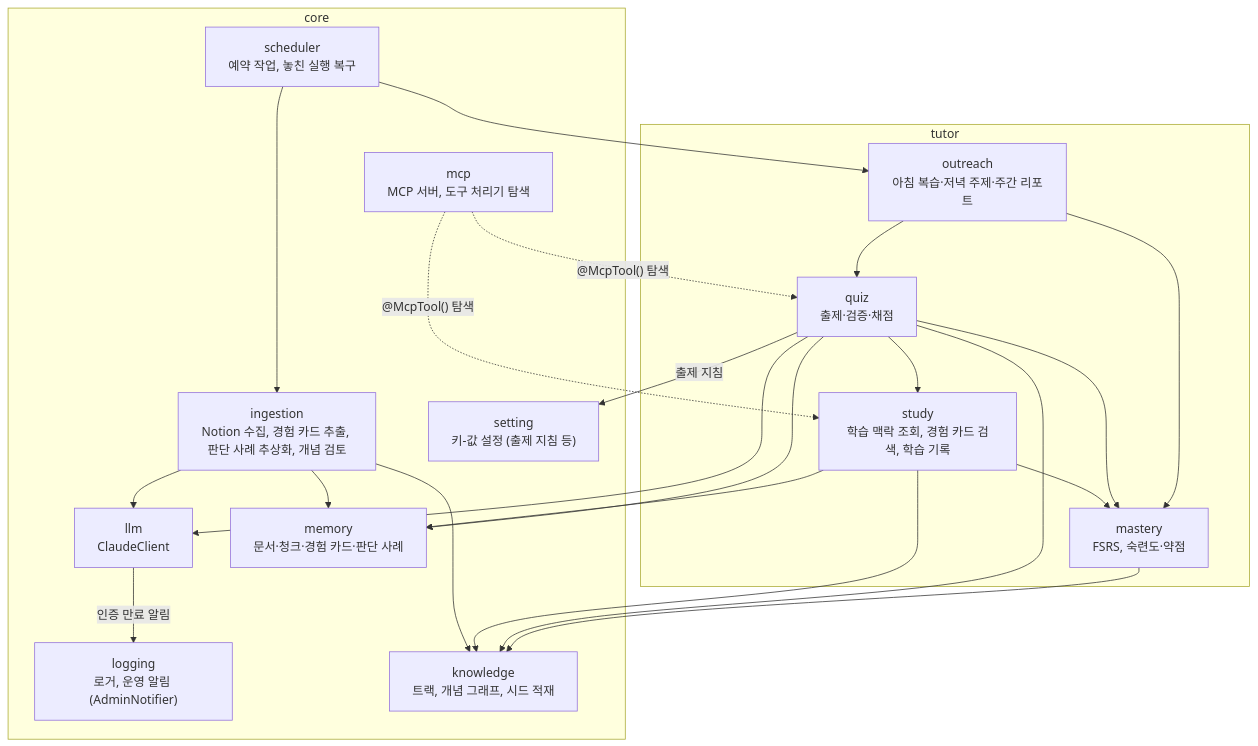
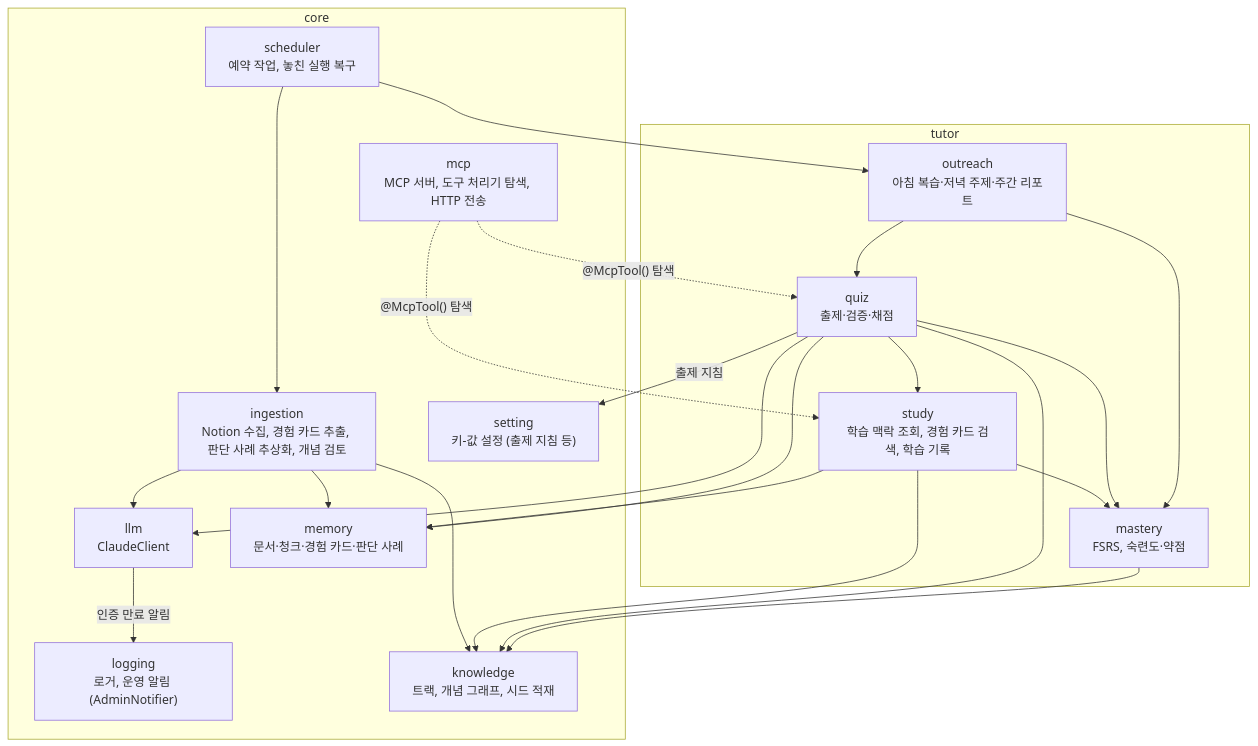
One commit to Wonchang0314/growth-assistant changed the diagram in docs/architecture/c4-3-component.md. Above: the diagram before and after it, drawn with Mermaid. The commit also changed other lines of this file and 17 other files, not shown here.

First line of the commit message:
feat: MCP Streamable HTTP 진입점 (mcp-http.ts)

````diff
--- a/docs/architecture/c4-3-component.md
+++ b/docs/architecture/c4-3-component.md
@@ -5,45 +5,45 @@
 ```mermaid
 flowchart TB
     subgraph core
-        mcp["mcp<br/>MCP 서버, 도구 처리기 탐색"]
+        mcp["mcp<br/>MCP 서버, 도구 처리기 탐색, HTTP 전송"]
         llm["llm<br/>ClaudeClient"]
         logging["logging<br/>로거, 운영 알림 (AdminNotifier)"]
         memory["memory<br/>문서·청크·경험 카드·판단 사례"]
         knowledge["knowledge<br/>트랙, 개념 그래프, 시드 적재"]
         ingestion["ingestion<br/>Notion 수집, 경험 카드 추출, 판단 사례 추상화, 개념 검토"]
         scheduler["scheduler<br/>예약 작업, 놓친 실행 복구"]
         setting["setting<br/>키-값 설정 (출제 지침 등)"]
     end
 
     subgraph tutor
         study["study<br/>학습 맥락 조회, 경험 카드 검색, 학습 기록"]
         quiz["quiz<br/>출제·검증·채점"]
         mastery["mastery<br/>FSRS, 숙련도·약점"]
         outreach["outreach<br/>아침 복습·저녁 주제·주간 리포트"]
     end
 
     mcp -.->|"@McpTool() 탐색"| study
     mcp -.->|"@McpTool() 탐색"| quiz
     scheduler --> outreach
     scheduler --> ingestion
     llm -->|"인증 만료 알림"| logging
     quiz -->|"출제 지침"| setting
 
     ingestion --> llm
     ingestion --> memory
     ingestion --> knowledge
 
     study --> memory
     study --> knowledge
     study --> mastery
 
     quiz --> llm
     quiz --> mastery
     quiz --> memory
     quiz --> knowledge
     quiz --> study
 
     mastery --> knowledge
     outreach --> quiz
     outreach --> mastery
 ```
````
